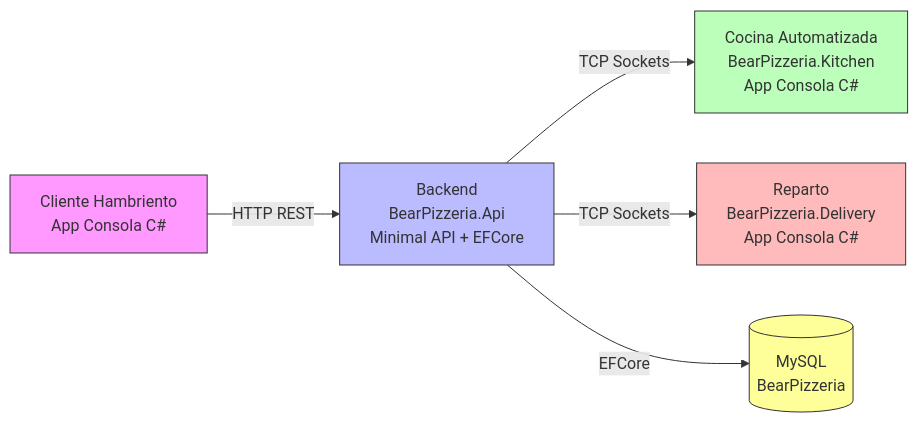
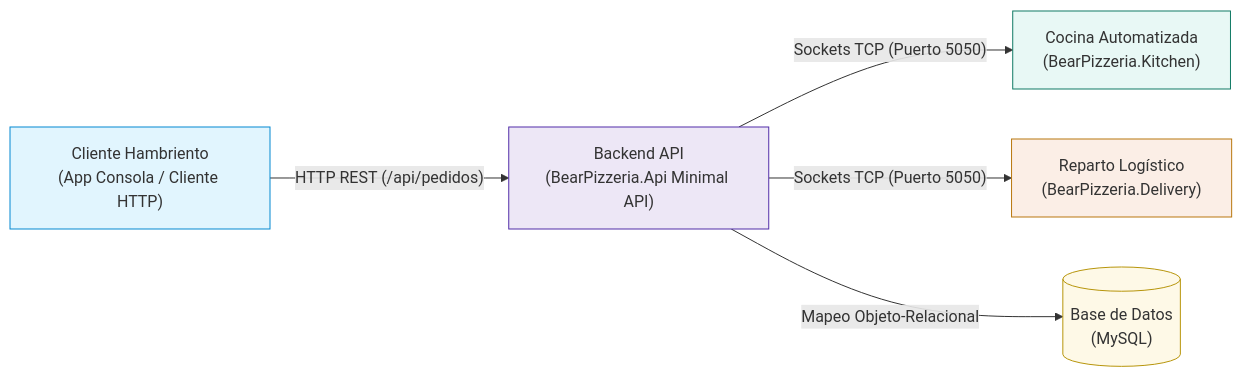
The second of 3 diagrams in docs/old/DiagramaDeClases.md (Darkops56/PSR-MinimalAPI), drawn with Mermaid before and after one commit. The commit also changed other lines of this file and 1 other file, not shown here.

````diff
--- a/docs/old/DiagramaDeClases.md
+++ b/docs/old/DiagramaDeClases.md
@@ -108,19 +124,19 @@
 ```mermaid
 flowchart LR
-    CH[Cliente Hambriento<br/>App Consola C#]
-    BK[Backend<br/>BearPizzeria.Api<br/>Minimal API + EFCore]
-    CO[Cocina Automatizada<br/>BearPizzeria.Kitchen<br/>App Consola C#]
-    RE[Reparto<br/>BearPizzeria.Delivery<br/>App Consola C#]
-    DB[(MySQL<br/>BearPizzeria)]
+    CH["Cliente Hambriento<br/>(App Consola / Cliente HTTP)"]
+    BK["Backend API<br/>(BearPizzeria.Api Minimal API)"]
+    CO["Cocina Automatizada<br/>(BearPizzeria.Kitchen)"]
+    RE["Reparto Logístico<br/>(BearPizzeria.Delivery)"]
+    DB[("Base de Datos<br/>(MySQL)")]
 
-    CH -- HTTP REST --> BK
-    BK -- TCP Sockets --> CO
-    BK -- TCP Sockets --> RE
-    BK -- EFCore --> DB
+    CH -- "HTTP REST (/api/pedidos)" --> BK
+    BK -- "Sockets TCP (Puerto 5050)" --> CO
+    BK -- "Sockets TCP (Puerto 5050)" --> RE
+    BK -- "Mapeo Objeto-Relacional" --> DB
 
-    style CH fill:#f9f,stroke:#333
-    style BK fill:#bbf,stroke:#333
-    style CO fill:#bfb,stroke:#333
-    style RE fill:#fbb,stroke:#333
-    style DB fill:#ff9,stroke:#333
+    style CH fill:#e1f5fe,stroke:#0288d1
+    style BK fill:#ede7f6,stroke:#512da8
+    style CO fill:#e8f8f5,stroke:#117a65
+    style RE fill:#fbeee6,stroke:#b9770e
+    style DB fill:#fef9e7,stroke:#b7950b
 ```
````
